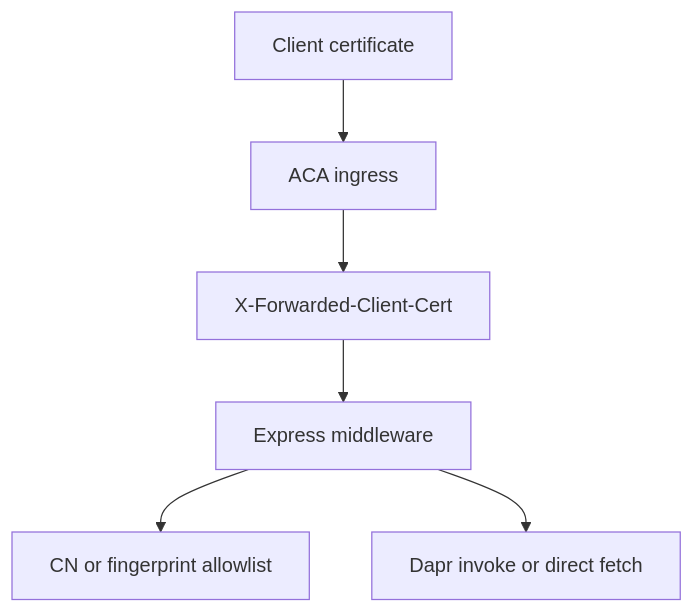
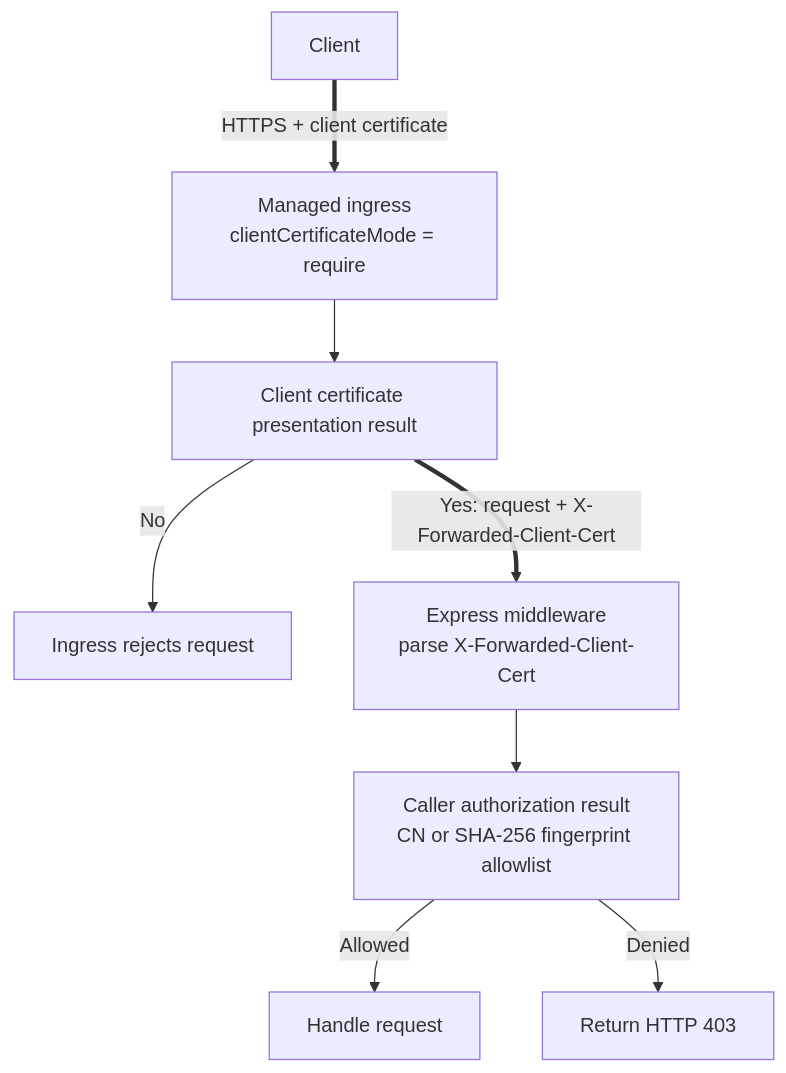
The diagram in docs/language-guides/nodejs/recipes/mtls-client-certificates.md (yeongseon/azure-container-apps-practical-guide), drawn with Mermaid before and after one commit. The commit also changed other lines of this file and 12 other files, not shown here.

Commit message:
docs(diagrams): migrate Node.js recipe diagrams (#630)

````diff
--- a/docs/language-guides/nodejs/recipes/mtls-client-certificates.md
+++ b/docs/language-guides/nodejs/recipes/mtls-client-certificates.md
@@ -17,8 +17,21 @@
 ```mermaid
 flowchart TD
-    Client[Client certificate] --> Ingress[ACA ingress]
-    Ingress --> Header[X-Forwarded-Client-Cert]
-    Header --> Express[Express middleware]
-    Express --> Validate[CN or fingerprint allowlist]
-    Express --> Calls[Dapr invoke or direct fetch]
+    accTitle: Express client-certificate presentation and caller authorization
+    accDescr: In require mode, managed ingress rejects a request without a client certificate. When a certificate is presented, ingress forwards the request with X-Forwarded-Client-Cert. Express parses the forwarded leaf certificate and separately applies the configured caller authorization policy before allowing or rejecting the request.
+    CLIENT[Client]
+    INGRESS[Managed ingress<br/>clientCertificateMode = require]
+    PRESENT[Client certificate presentation result]
+    EDGE_REJECT[Ingress rejects request]
+    APP[Express middleware<br/>parse X-Forwarded-Client-Cert]
+    AUTHZ[Caller authorization result<br/>CN or SHA-256 fingerprint allowlist]
+    ALLOW[Handle request]
+    DENY[Return HTTP 403]
+
+    CLIENT ==>|"HTTPS + client certificate"| INGRESS
+    INGRESS --> PRESENT
+    PRESENT -->|"No"| EDGE_REJECT
+    PRESENT ==>|"Yes: request + X-Forwarded-Client-Cert"| APP
+    APP --> AUTHZ
+    AUTHZ -->|"Allowed"| ALLOW
+    AUTHZ -->|"Denied"| DENY
 ```
````
